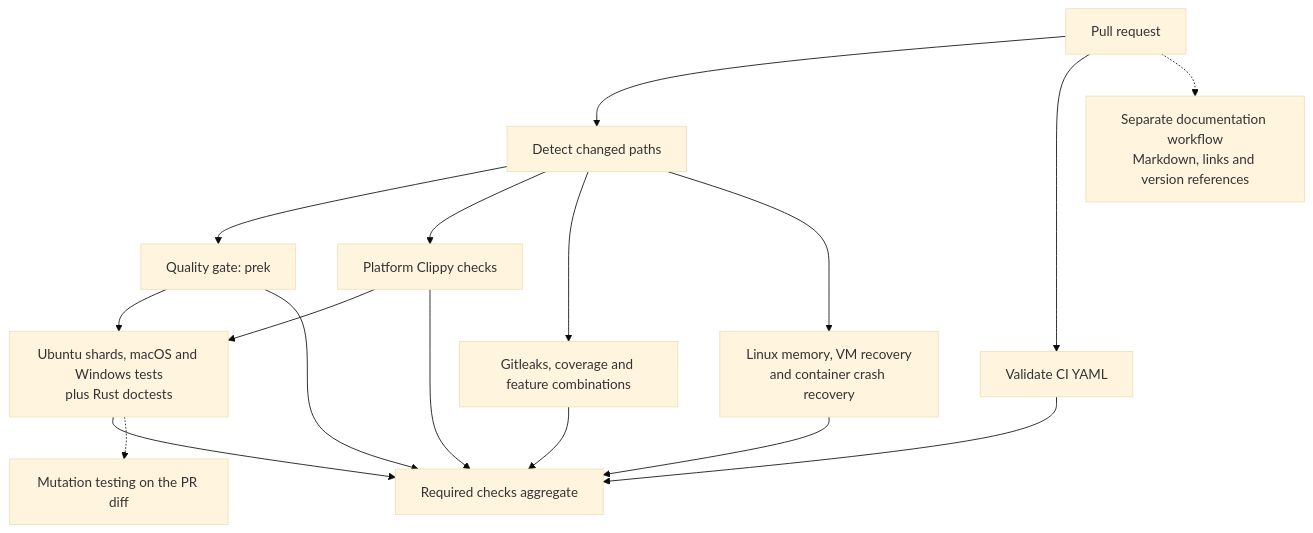
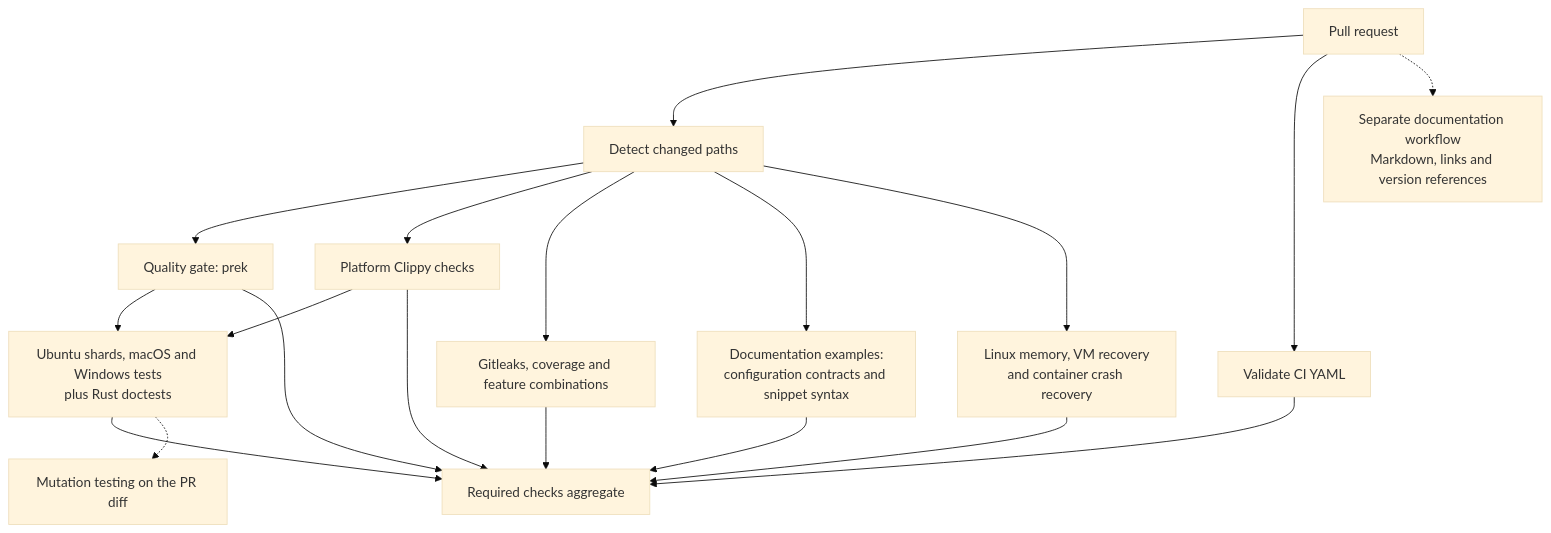
The first of 2 diagrams in docs/diagrams/ci-cd-pert.md (azerozero/grob), drawn with Mermaid (base theme) before and after one commit. The commit also changed other lines of this file and 5 other files, not shown here.

Commit message:
test(docs): validate published examples in required CI

````diff
--- a/docs/diagrams/ci-cd-pert.md
+++ b/docs/diagrams/ci-cd-pert.md
@@ -19,19 +19,21 @@
 ```mermaid
 flowchart TB
     pr["Pull request"] --> changes["Detect changed paths"]
     changes --> quality["Quality gate: prek"]
     changes --> clippy["Platform Clippy checks"]
     quality --> tests["Ubuntu shards, macOS and Windows tests<br/>plus Rust doctests"]
     clippy --> tests
     changes --> other["Gitleaks, coverage and feature combinations"]
+    changes --> examples["Documentation examples:<br/>configuration contracts and snippet syntax"]
     changes --> hardening["Linux memory, VM recovery<br/>and container crash recovery"]
     pr --> yaml["Validate CI YAML"]
     quality --> required["Required checks aggregate"]
     clippy --> required
     tests --> required
     other --> required
+    examples --> required
     hardening --> required
     yaml --> required
     tests -.-> mutations["Mutation testing on the PR diff"]
     pr -.-> docs["Separate documentation workflow<br/>Markdown, links and version references"]
 ```
````
